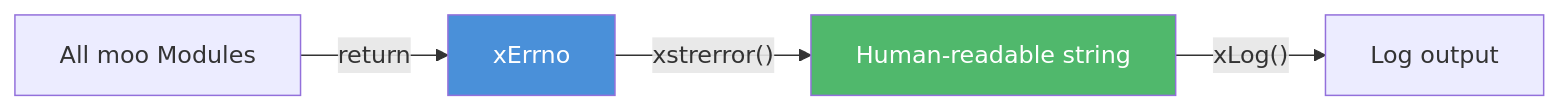
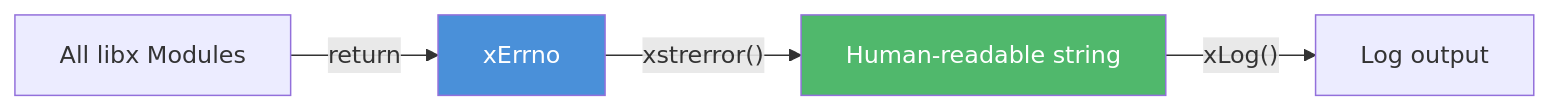
The diagram in docs/libx/base/error.md (mivinci/x), drawn with Mermaid before and after one commit. The commit also changed other lines of this file and 18 other files, not shown here.

Commit message:
docs: replace all moo references with libx

````diff
--- a/docs/libx/base/error.md
+++ b/docs/libx/base/error.md
@@ -17,9 +17,9 @@
 ```mermaid
 graph LR
-    MODULES["All moo Modules"] -->|"return"| ERRNO["xErrno"]
+    MODULES["All libx Modules"] -->|"return"| ERRNO["xErrno"]
     ERRNO -->|"xstrerror()"| MSG["Human-readable string"]
     MSG -->|"xLog()"| LOG["Log output"]
 
     style ERRNO fill:#4a90d9,color:#fff
     style MSG fill:#50b86c,color:#fff
 ```
````
